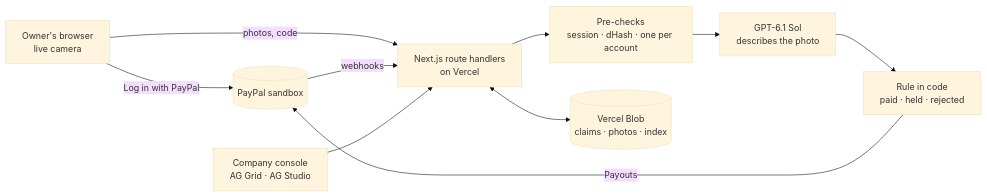
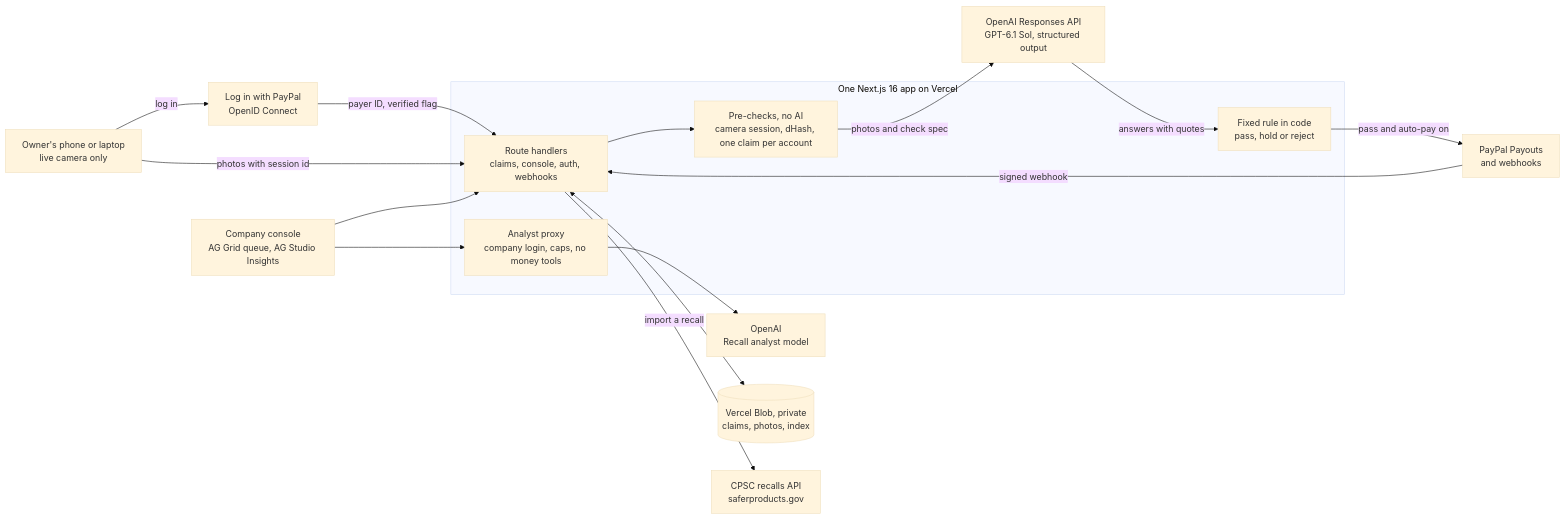
One commit to remedy-org/remedy changed the first of 2 diagrams in README.md. Above: the diagram before and after it, drawn with Mermaid (base theme). The commit also changed other lines of this file, not shown here.

First line of the commit message:
README for submission: judges' walkthrough, sourced problem, five checks by name, PayPal flow, architecture, eval, run steps, limits

````diff
--- a/README.md
+++ b/README.md
@@ -87,12 +138,31 @@
 ```mermaid
 flowchart LR
-  O[Owner's browser<br/>live camera] -->|Log in with PayPal| PP[(PayPal sandbox)]
-  O -->|photos, code| API[Next.js route handlers<br/>on Vercel]
-  API --> PC[Pre-checks<br/>session · dHash · one per account]
-  PC --> V[GPT-6.1 Sol<br/>describes the photo]
-  V --> R[Rule in code<br/>paid · held · rejected]
-  R -->|Payouts| PP
-  PP -->|webhooks| API
-  API <--> B[(Vercel Blob<br/>claims · photos · index)]
-  C[Company console<br/>AG Grid · AG Studio] --> API
+  O["Owner's phone or laptop<br/>live camera only"]
+  C["Company console<br/>AG Grid queue, AG Studio Insights"]
+  subgraph APP["One Next.js 16 app on Vercel"]
+    API["Route handlers<br/>claims, console, auth, webhooks"]
+    PRE["Pre-checks, no AI<br/>camera session, dHash, one claim per account"]
+    RULE["Fixed rule in code<br/>pass, hold or reject"]
+    PROXY["Analyst proxy<br/>company login, caps, no money tools"]
+  end
+  ID["Log in with PayPal<br/>OpenID Connect"]
+  PO["PayPal Payouts<br/>and webhooks"]
+  VIS["OpenAI Responses API<br/>GPT-6.1 Sol, structured output"]
+  AN["OpenAI<br/>Recall analyst model"]
+  B[("Vercel Blob, private<br/>claims, photos, index")]
+  CP["CPSC recalls API<br/>saferproducts.gov"]
+
+  O -->|"log in"| ID
+  ID -->|"payer ID, verified flag"| API
+  O -->|"photos with session id"| API
+  API --> PRE
+  PRE -->|"photos and check spec"| VIS
+  VIS -->|"answers with quotes"| RULE
+  RULE -->|"pass and auto-pay on"| PO
+  PO -->|"signed webhook"| API
+  API <--> B
+  C --> API
+  C --> PROXY
+  PROXY --> AN
+  API -->|"import a recall"| CP
 ```
````
